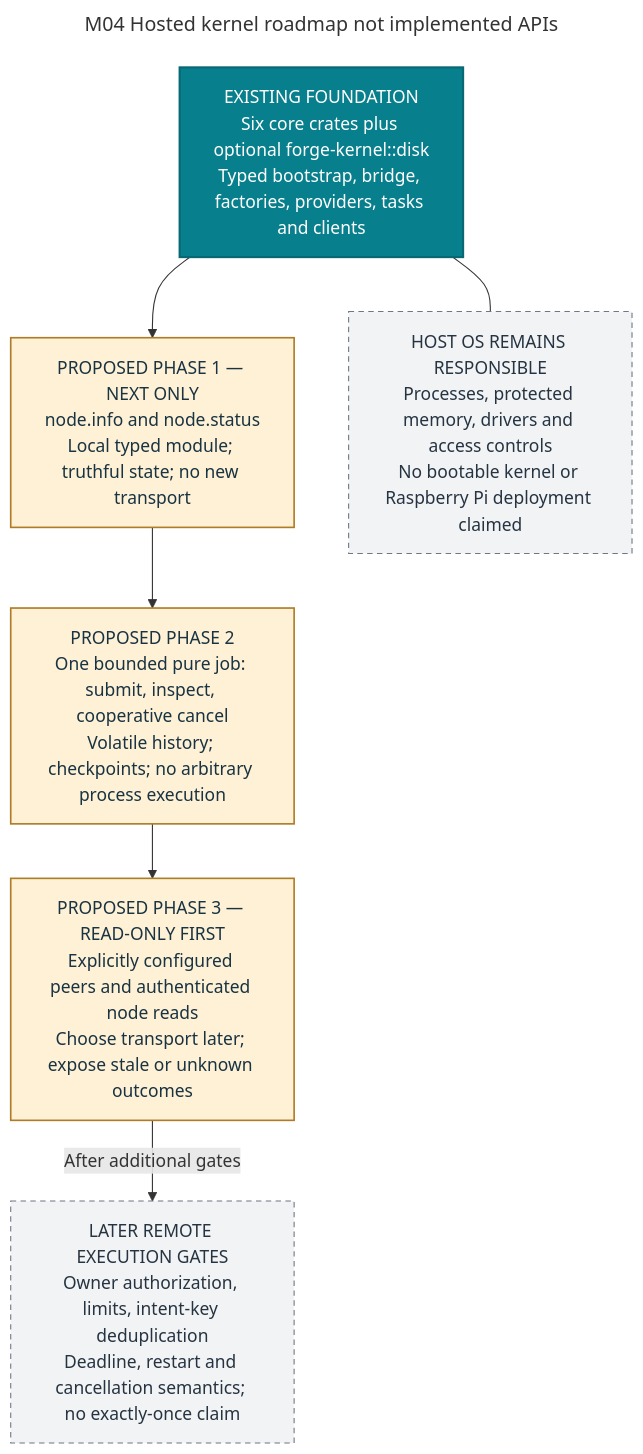
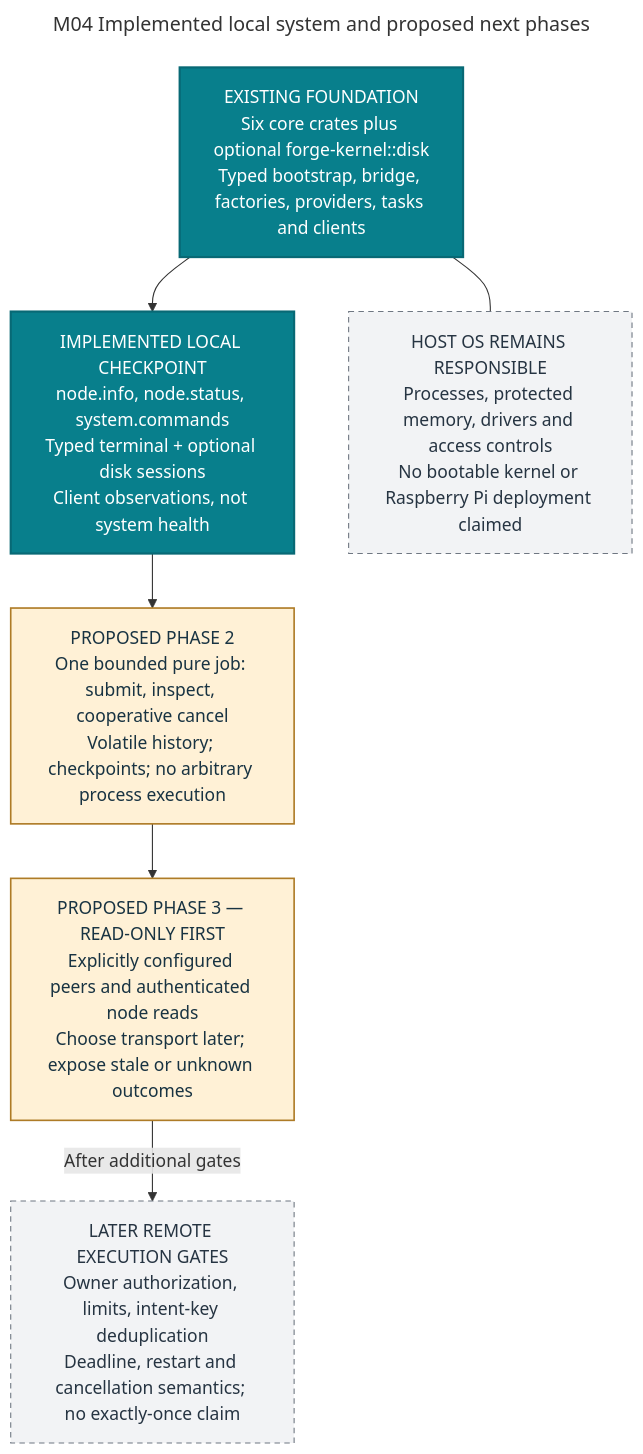
Before and after one commit to roachmaster/homelab: the diagram in docs/architecture/diagrams/mermaid/m04-kernel-phases.mmd, drawn with Mermaid. The commit also changed 39 other files, not shown here.

Commit message:
Assemble runnable local Forge system with node capability and thin terminal adapter

```diff
--- a/docs/architecture/diagrams/mermaid/m04-kernel-phases.mmd
+++ b/docs/architecture/diagrams/mermaid/m04-kernel-phases.mmd
@@ -1,19 +1,19 @@
 ---
-title: M04 Hosted kernel roadmap not implemented APIs
+title: M04 Implemented local system and proposed next phases
 ---
 flowchart TB
     E["EXISTING FOUNDATION<br/>Six core crates plus optional forge-kernel::disk<br/>Typed bootstrap, bridge, factories, providers, tasks and clients"]
-    P1["PROPOSED PHASE 1 — NEXT ONLY<br/>node.info and node.status<br/>Local typed module; truthful state; no new transport"]
+    P1["IMPLEMENTED LOCAL CHECKPOINT<br/>node.info, node.status, system.commands<br/>Typed terminal + optional disk sessions<br/>Client observations, not system health"]
     P2["PROPOSED PHASE 2<br/>One bounded pure job: submit, inspect, cooperative cancel<br/>Volatile history; checkpoints; no arbitrary process execution"]
     P3["PROPOSED PHASE 3 — READ-ONLY FIRST<br/>Explicitly configured peers and authenticated node reads<br/>Choose transport later; expose stale or unknown outcomes"]
     R["LATER REMOTE EXECUTION GATES<br/>Owner authorization, limits, intent-key deduplication<br/>Deadline, restart and cancellation semantics; no exactly-once claim"]
     OS["HOST OS REMAINS RESPONSIBLE<br/>Processes, protected memory, drivers and access controls<br/>No bootable kernel or Raspberry Pi deployment claimed"]
     E --> P1 --> P2 --> P3
     P3 -->|After additional gates| R
     E --- OS
     classDef existing fill:#087f8c,color:#ffffff,stroke:#086975,stroke-width:2px;
     classDef proposed fill:#fff1d6,color:#183342,stroke:#ae7b26,stroke-width:1.5px;
     classDef later fill:#f2f3f5,color:#263442,stroke:#6f7782,stroke-dasharray:5 4;
-    class E existing;
-    class P1,P2,P3 proposed;
+    class E,P1 existing;
+    class P2,P3 proposed;
     class R,OS later;
```
